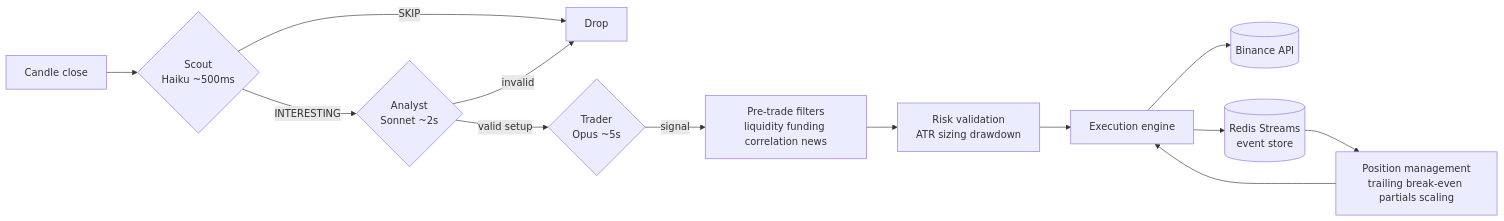
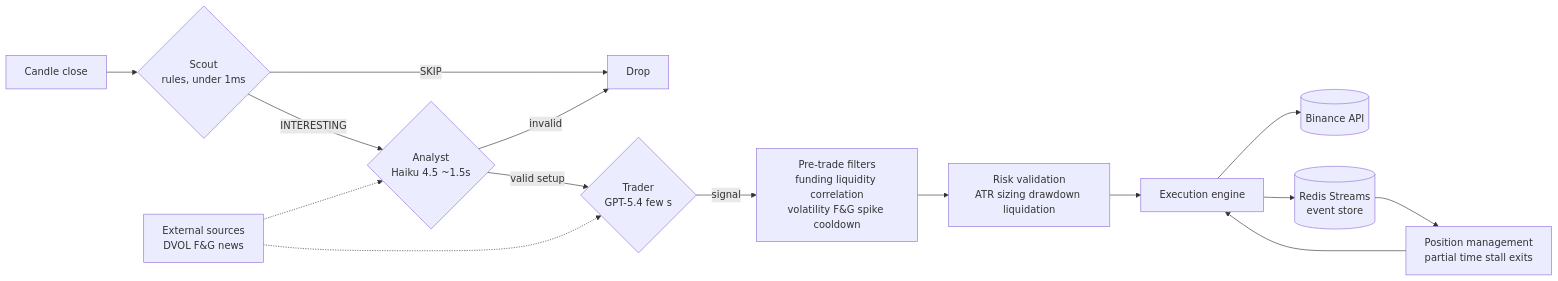
The diagram in README.md (DoctorMozg/kavzi-trader), drawn with Mermaid before and after one commit. The commit also changed other lines of this file and 1 other file, not shown here.

````diff
--- a/README.md
+++ b/README.md
@@ -56,15 +49,17 @@
 ```mermaid
 flowchart LR
-    C[Candle close] --> S{Scout<br/>Haiku ~500ms}
+    C[Candle close] --> S{Scout<br/>rules, under 1ms}
     S -- SKIP --> X[Drop]
-    S -- INTERESTING --> A{Analyst<br/>Sonnet ~2s}
+    S -- INTERESTING --> A{Analyst<br/>Haiku 4.5 ~1.5s}
     A -- invalid --> X
-    A -- valid setup --> T{Trader<br/>Opus ~5s}
-    T -- signal --> F[Pre-trade filters<br/>liquidity funding correlation news]
-    F --> R[Risk validation<br/>ATR sizing drawdown]
+    A -- valid setup --> T{Trader<br/>GPT-5.4 few s}
+    T -- signal --> F[Pre-trade filters<br/>funding liquidity correlation<br/>volatility F&G spike cooldown]
+    F --> R[Risk validation<br/>ATR sizing drawdown liquidation]
     R --> E[Execution engine]
     E --> B[(Binance API)]
     E --> ES[(Redis Streams<br/>event store)]
-    ES --> PM[Position management<br/>trailing break-even partials scaling]
+    ES --> PM[Position management<br/>partial time stall exits]
     PM --> E
+    EXT[External sources<br/>DVOL F&G news] -.-> A
+    EXT -.-> T
 ```
````
